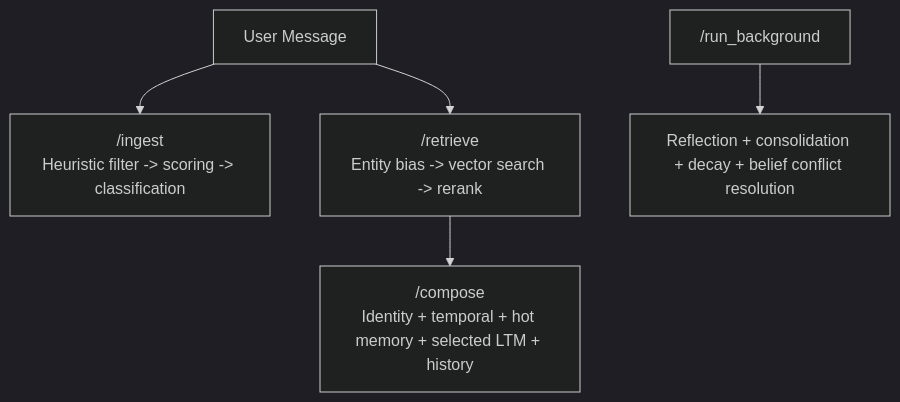
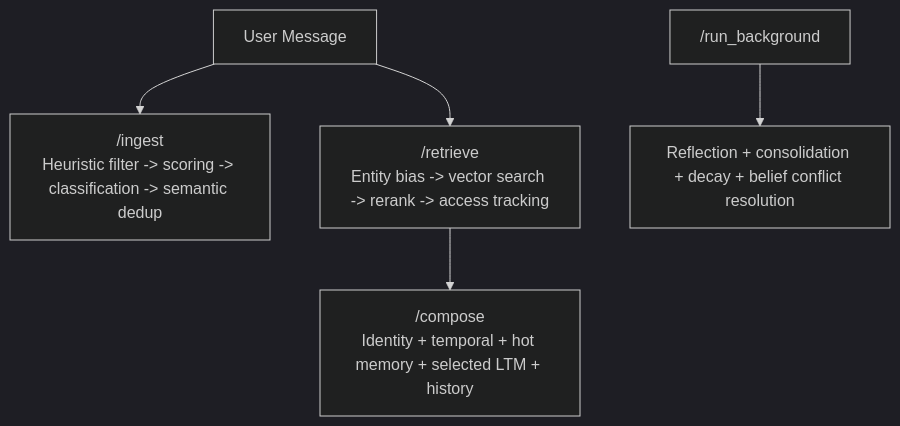
The second of 2 diagrams in README.md (BluePointDigital/smart-memory), drawn with Mermaid (dark theme) before and after one commit. The commit also changed other lines of this file and 13 other files, not shown here.

Commit message:
fix: enforce token limits, add semantic dedup, switch to CPU-only PyTorch, and expose observability endpoints

````diff
--- a/README.md
+++ b/README.md
@@ -58,7 +60,7 @@
 ```mermaid
 flowchart TD
-  U["User Message"] --> ING["/ingest\nHeuristic filter -> scoring -> classification"]
-  U --> RET["/retrieve\nEntity bias -> vector search -> rerank"]
+  U["User Message"] --> ING["/ingest\nHeuristic filter -> scoring -> classification -> semantic dedup"]
+  U --> RET["/retrieve\nEntity bias -> vector search -> rerank -> access tracking"]
   RET --> COM["/compose\nIdentity + temporal + hot memory + selected LTM + history"]
   BG["/run_background"] --> COG["Reflection + consolidation + decay + belief conflict resolution"]
 ```
````
